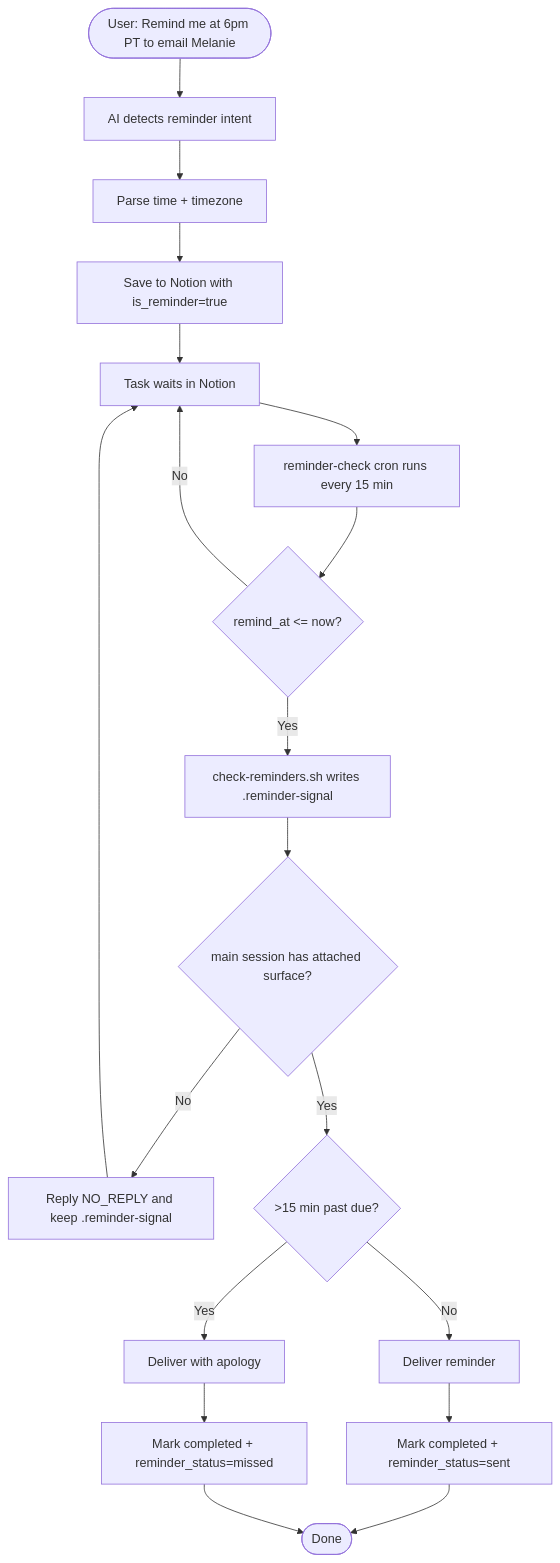
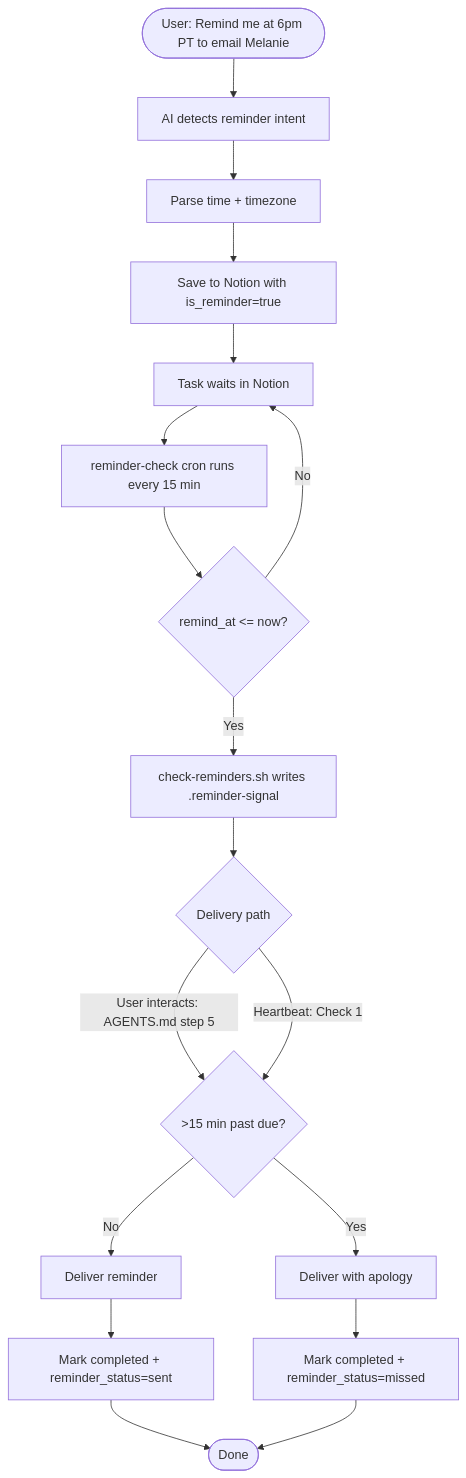
Diagram 28 of 29 in docs/task-lifecycle.md (NickBorgersProbably/hide-my-list), drawn with Mermaid before and after one commit. The commit also changed other lines of this file and 11 other files, not shown here.

````diff
--- a/docs/task-lifecycle.md
+++ b/docs/task-lifecycle.md
@@ -928,25 +928,24 @@
 ```mermaid
 flowchart TD
     Intake([User: Remind me at 6pm PT to email Melanie]) --> Detect[AI detects reminder intent]
     Detect --> Parse[Parse time + timezone]
     Parse --> Save[Save to Notion with is_reminder=true]
 
     Save --> Wait[Task waits in Notion]
     Wait --> Cron[reminder-check cron runs every 15 min]
     Cron --> Due{remind_at <= now?}
     Due -->|No| Wait
     Due -->|Yes| Signal[check-reminders.sh writes .reminder-signal]
-    Signal --> Surface{main session has attached surface?}
-    Surface -->|No| Retry[Reply NO_REPLY and keep .reminder-signal]
-    Retry --> Wait
-    Surface -->|Yes| Late{>15 min past due?}
+    Signal --> Delivery{Delivery path}
+    Delivery -->|User interacts: AGENTS.md step 5| Late{>15 min past due?}
+    Delivery -->|Heartbeat: Check 1| Late
 
     Late -->|No| Send[Deliver reminder]
     Late -->|Yes| SendMissed[Deliver with apology]
 
     Send --> Complete[Mark completed + reminder_status=sent]
     SendMissed --> Complete2[Mark completed + reminder_status=missed]
 
     Complete --> Done([Done])
     Complete2 --> Done
 ```
````
